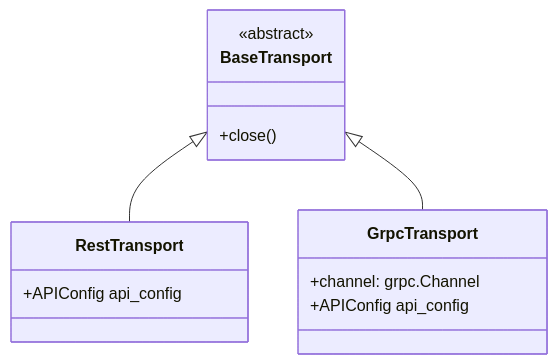
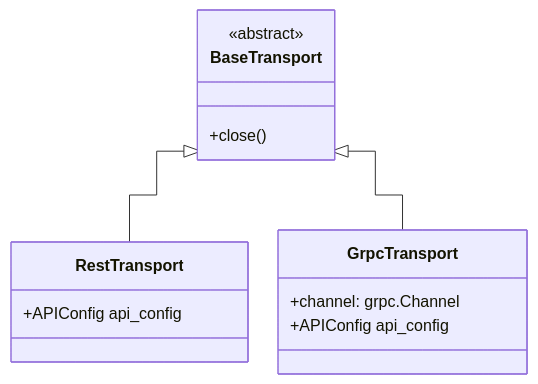
Before and after one commit to alexdearaujo/community_sdk_python: the diagram in src/kentik_api/transports/README.md, drawn with Mermaid. The commit also changed other lines of this file and 129 other files, not shown here.

````diff
--- a/src/kentik_api/transports/README.md
+++ b/src/kentik_api/transports/README.md
@@ -18,17 +18,20 @@
 ```mermaid
+%%{init: {"fontFamily": "ui-monospace, SFMono-Regular, Menlo, monospace", "flowchart": {"curve": "step", "nodeSpacing": 30, "rankSpacing": 70, "wrappingWidth": 400}}}%%
 classDiagram
     class BaseTransport {
         <<abstract>>
         +close()
     }
     class RestTransport {
         +APIConfig api_config
     }
     class GrpcTransport {
         +channel: grpc.Channel
         +APIConfig api_config
     }
     BaseTransport <|-- RestTransport
     BaseTransport <|-- GrpcTransport
-
+    link BaseTransport "base.py"
+    link RestTransport "rest_client.py"
+    link GrpcTransport "grpc_client.py"
 ```
````
